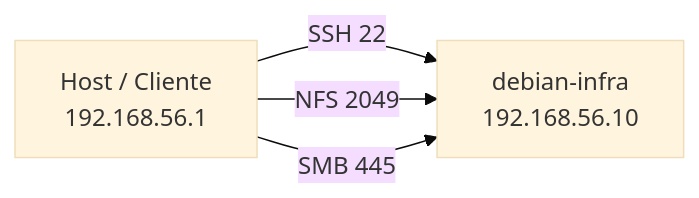
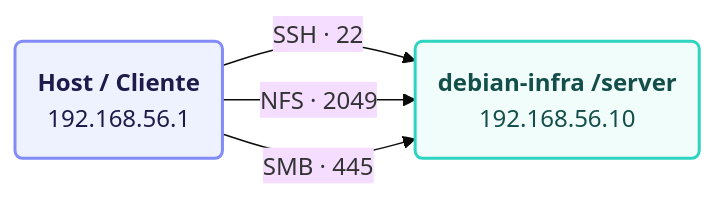
The diagram in README.md (Herpa23/debian-infraestructure-homelab), drawn with Mermaid (base theme) before and after one commit.

````diff
--- a/README.md
+++ b/README.md
@@ -24,6 +23,16 @@
 ```mermaid
 graph LR
-    Client[Host / Cliente <br> 192.168.56.1] -->|SSH 22| VM[debian-infra <br> 192.168.56.10]
-    Client -->|NFS 2049| VM
-    Client -->|SMB 445| VM
+    Client("<b>Host / Cliente</b><br>192.168.56.1")
+    VM("<b>debian-infra /server</b><br>192.168.56.10")
+
+    Client -->|SSH · 22| VM
+    Client -->|NFS · 2049| VM
+    Client -->|SMB · 445| VM
+
+    classDef host fill:#eef2ff,stroke:#818cf8,stroke-width:2px,color:#1e1b4b
+    classDef server fill:#f0fdfa,stroke:#2dd4bf,stroke-width:2px,color:#134e4a
+
+    class Client host
+    class VM server
+    
 ```
````
